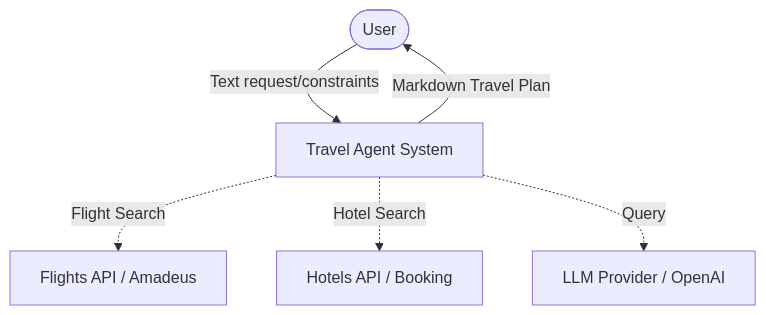
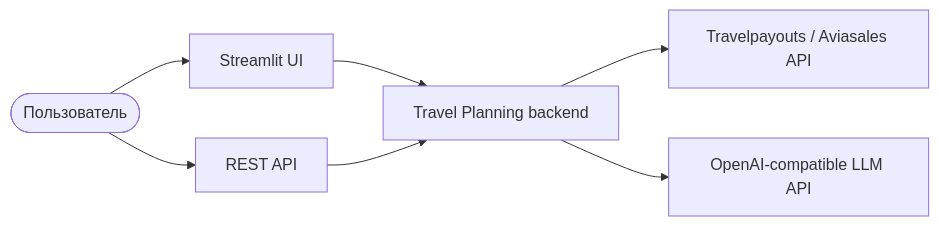
One commit to nastyakon14/AI_Travel_Planning_Agent changed the diagram in docs/diagrams/c4-context.mmd. Above: the diagram before and after it, drawn with Mermaid. The commit also changed 42 other files, not shown here.

```diff
--- a/docs/diagrams/c4-context.mmd
+++ b/docs/diagrams/c4-context.mmd
@@ -1,6 +1,7 @@
-graph TD
-    User([User]) -->|Text request/constraints| TAS[Travel Agent System]
-    TAS -->|Markdown Travel Plan| User
-    TAS -.->|Flight Search| F_API[Flights API / Amadeus]
-    TAS -.->|Hotel Search| H_API[Hotels API / Booking]
-    TAS -.->|Query| LLM_API[LLM Provider / OpenAI]
+graph LR
+    User([Пользователь]) --> UI[Streamlit UI]
+    User --> HTTP[REST API]
+    UI --> Core[Travel Planning backend]
+    HTTP --> Core
+    Core --> TP[Travelpayouts / Aviasales API]
+    Core --> LLM[OpenAI-compatible LLM API]
```
